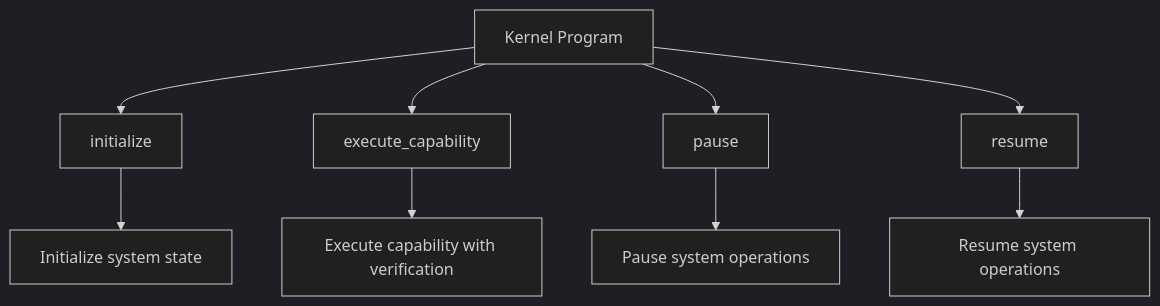
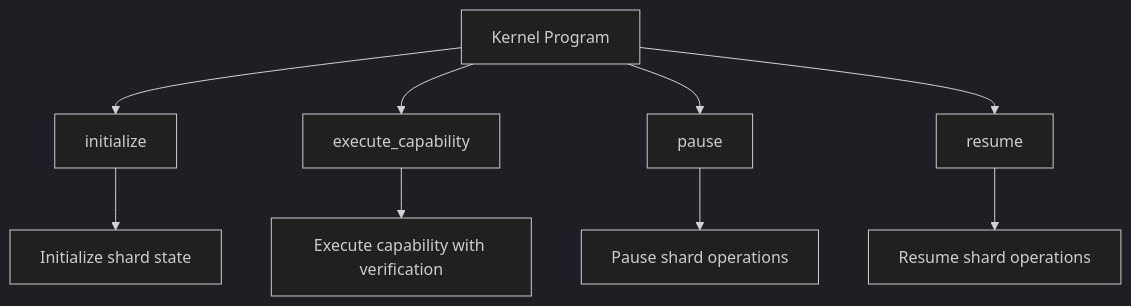
The diagram in docs/004-api-reference.md (timewave-computer/valence-solana), drawn with Mermaid (dark theme) before and after one commit. The commit also changed other lines of this file and 70 other files, not shown here.

````diff
--- a/docs/004-api-reference.md
+++ b/docs/004-api-reference.md
@@ -9,12 +9,12 @@
 ```mermaid
 graph TD
     A[Kernel Program] --> B[initialize]
     A --> C[execute_capability]  
     A --> D[pause]
     A --> E[resume]
     
-    B --> B1[Initialize system state]
+    B --> B1[Initialize shard state]
     C --> C1[Execute capability with verification]
-    D --> D1[Pause system operations]
-    E --> E1[Resume system operations]
+    D --> D1[Pause shard operations]
+    E --> E1[Resume shard operations]
 ```
````
